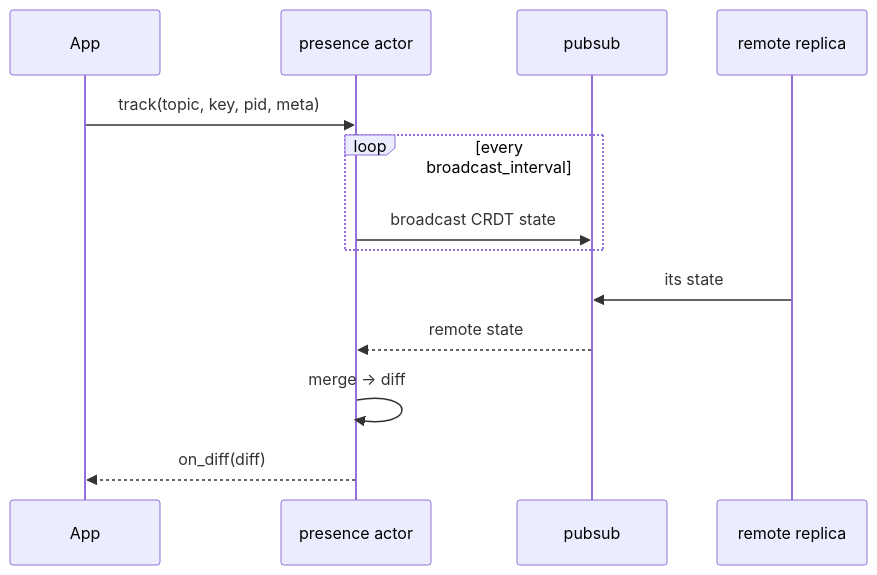
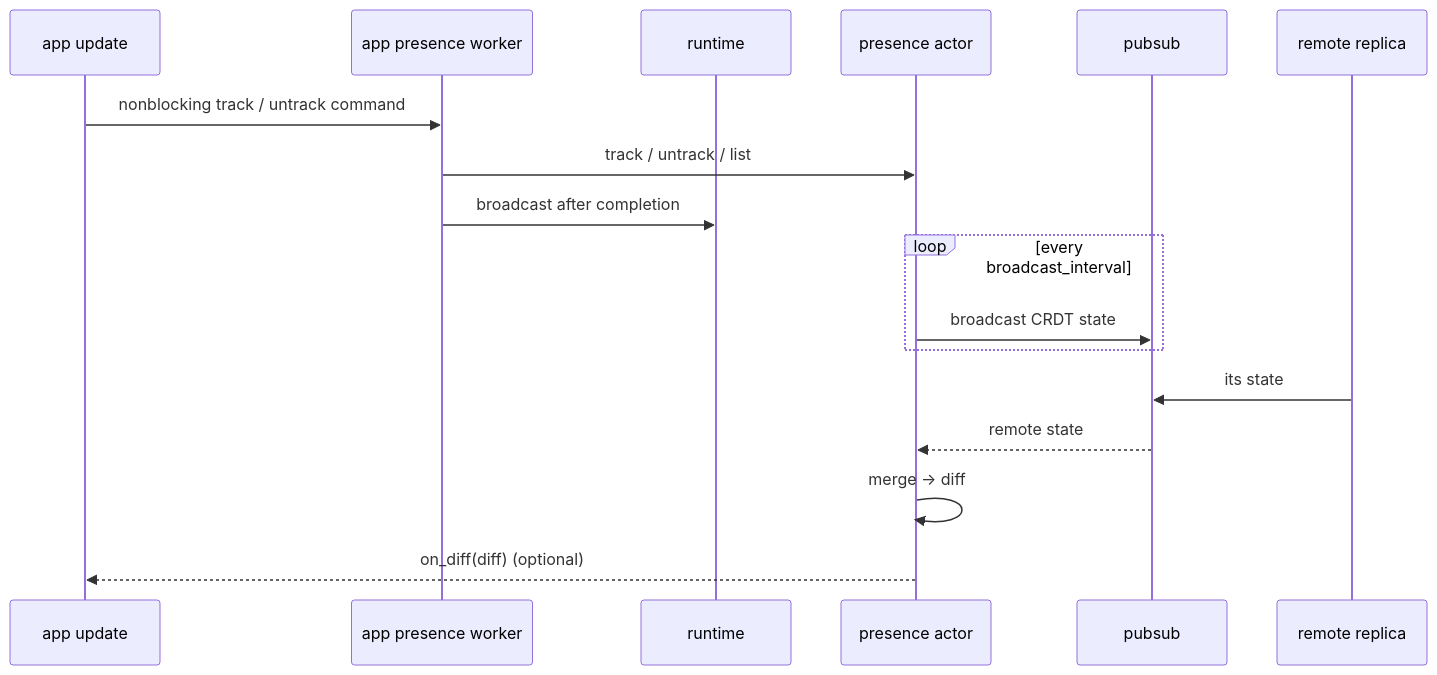
The tenth of 11 diagrams in docs/architecture-deck.md (tylerbutler/beryl), drawn with Mermaid before and after one commit. The commit also changed other lines of this file and 90 other files, not shown here.

````diff
--- a/docs/architecture-deck.md
+++ b/docs/architecture-deck.md
@@ -344,15 +369,19 @@
 ```mermaid
 sequenceDiagram
-  participant App
+  participant App as app update
+  participant Worker as app presence worker
+  participant Runtime as runtime
   participant Pres as presence actor
   participant PS as pubsub
   participant Remote as remote replica
-  App->>Pres: track(topic, key, pid, meta)
+  App->>Worker: nonblocking track / untrack command
+  Worker->>Pres: track / untrack / list
+  Worker->>Runtime: broadcast after completion
   loop every broadcast_interval
     Pres->>PS: broadcast CRDT state
   end
   Remote->>PS: its state
   PS-->>Pres: remote state
   Pres->>Pres: merge -> diff
-  Pres-->>App: on_diff(diff)
+  Pres-->>App: on_diff(diff) (optional)
 ```
````
